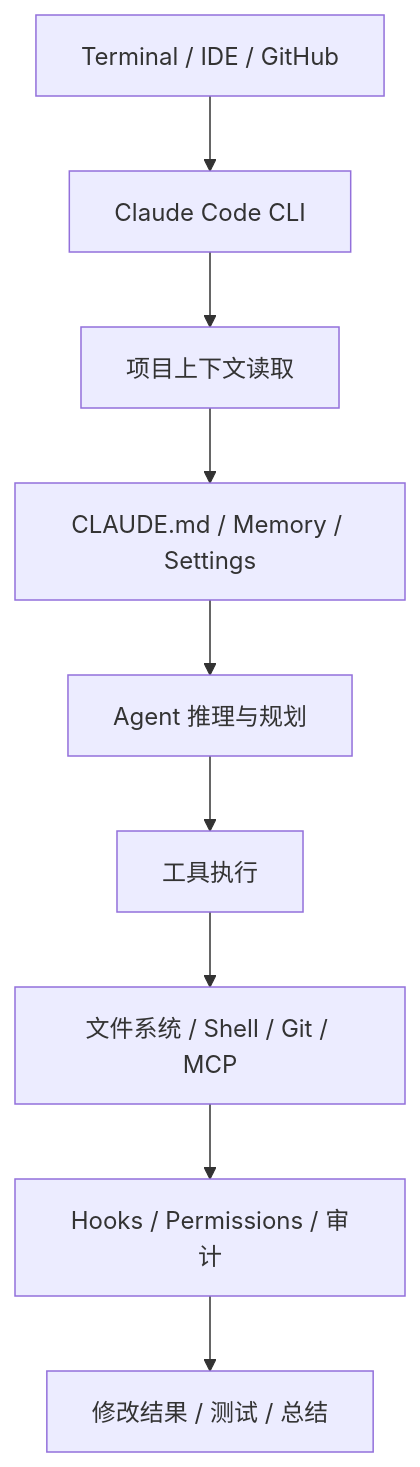
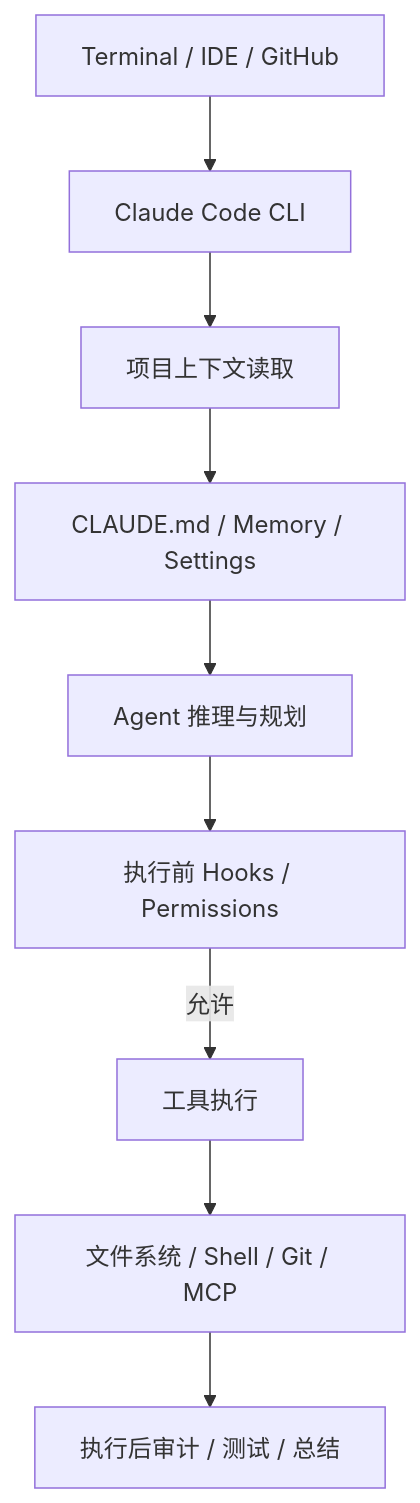
The diagram in 10-AI应用开发/09-标杆产品拆解/Claude-Code/01-Claude-Code产品定位与总体架构.md (GuoWWWX/knowledge-base), drawn with Mermaid before and after one commit. The commit also changed other lines of this file and 251 other files, not shown here.

````diff
--- a/10-AI应用开发/09-标杆产品拆解/Claude-Code/01-Claude-Code产品定位与总体架构.md
+++ b/10-AI应用开发/09-标杆产品拆解/Claude-Code/01-Claude-Code产品定位与总体架构.md
@@ -31,11 +33,11 @@
 ```mermaid
 flowchart TD
-    A[Terminal / IDE / GitHub] --> B[Claude Code CLI]
-    B --> C[项目上下文读取]
-    C --> D[CLAUDE.md / Memory / Settings]
-    D --> E[Agent 推理与规划]
-    E --> F[工具执行]
-    F --> G[文件系统 / Shell / Git / MCP]
-    G --> H[Hooks / Permissions / 审计]
-    H --> I[修改结果 / 测试 / 总结]
+    A["Terminal / IDE / GitHub"] --> B["Claude Code CLI"]
+    B --> C["项目上下文读取"]
+    C --> D["CLAUDE.md / Memory / Settings"]
+    D --> E["Agent 推理与规划"]
+    E --> H["执行前 Hooks / Permissions"]
+    H -->|允许| F["工具执行"]
+    F --> G["文件系统 / Shell / Git / MCP"]
+    G --> I["执行后审计 / 测试 / 总结"]
 ```
````
